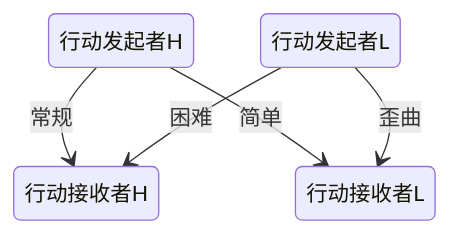
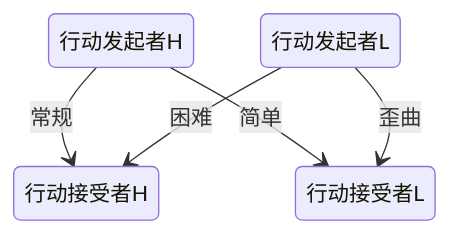
Before and after one commit to whiteloran/MTTT: the diagram in docs/documents/check.md, drawn with Mermaid. The commit also changed other lines of this file and 6 other files, not shown here.

````diff
--- a/docs/documents/check.md
+++ b/docs/documents/check.md
@@ -96,7 +134,7 @@
 ```mermaid
 stateDiagram
-	行动发起者H --> 行动接收者H:常规
-	行动发起者H --> 行动接收者L:简单
-	行动发起者L --> 行动接收者H:困难
-	行动发起者L --> 行动接收者L:歪曲
+	行动发起者H --> 行动接受者H:常规
+	行动发起者H --> 行动接受者L:简单
+	行动发起者L --> 行动接受者H:困难
+	行动发起者L --> 行动接受者L:歪曲
 ```
````
